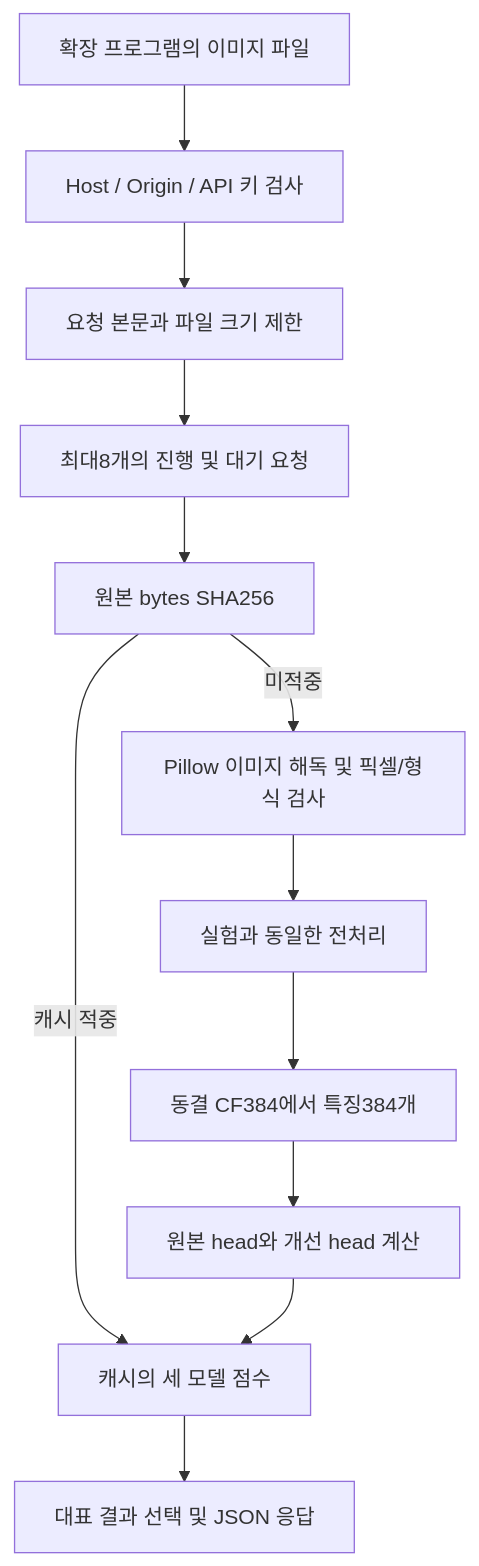
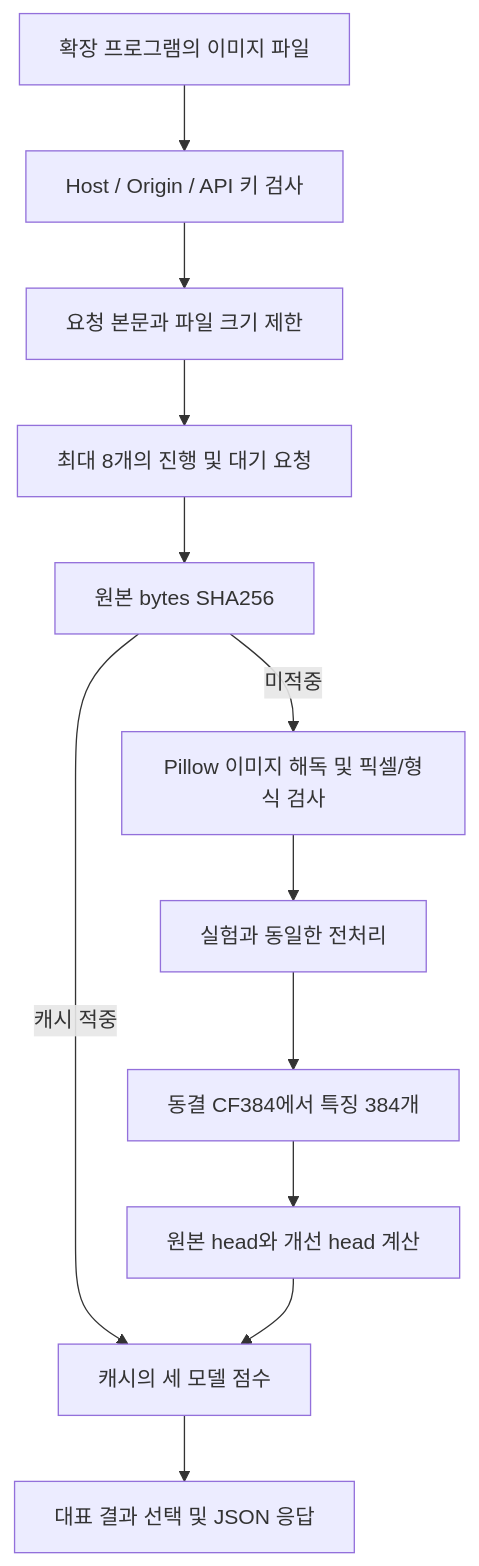
One commit to gims43077/CF384 changed the diagram in docs/HOW_IT_WORKS.md. Above: the diagram before and after it, drawn with Mermaid. The commit also changed other lines of this file and 13 other files, not shown here.

````diff
--- a/docs/HOW_IT_WORKS.md
+++ b/docs/HOW_IT_WORKS.md
@@ -22,14 +22,14 @@
 ```mermaid
 flowchart TD
  A[확장 프로그램의 이미지 파일] --> B[Host / Origin / API 키 검사]
  B --> C[요청 본문과 파일 크기 제한]
- C --> D[최대8개의 진행 및 대기 요청]
+ C --> D[최대 8개의 진행 및 대기 요청]
  D --> E[원본 bytes SHA256]
  E -->|캐시 적중| J[캐시의 세 모델 점수]
  E -->|미적중| F[Pillow 이미지 해독 및 픽셀/형식 검사]
  F --> G[실험과 동일한 전처리]
- G --> H[동결 CF384에서 특징384개]
+ G --> H[동결 CF384에서 특징 384개]
  H --> I[원본 head와 개선 head 계산]
  I --> J
  J --> K[대표 결과 선택 및 JSON 응답]
 ```
````
